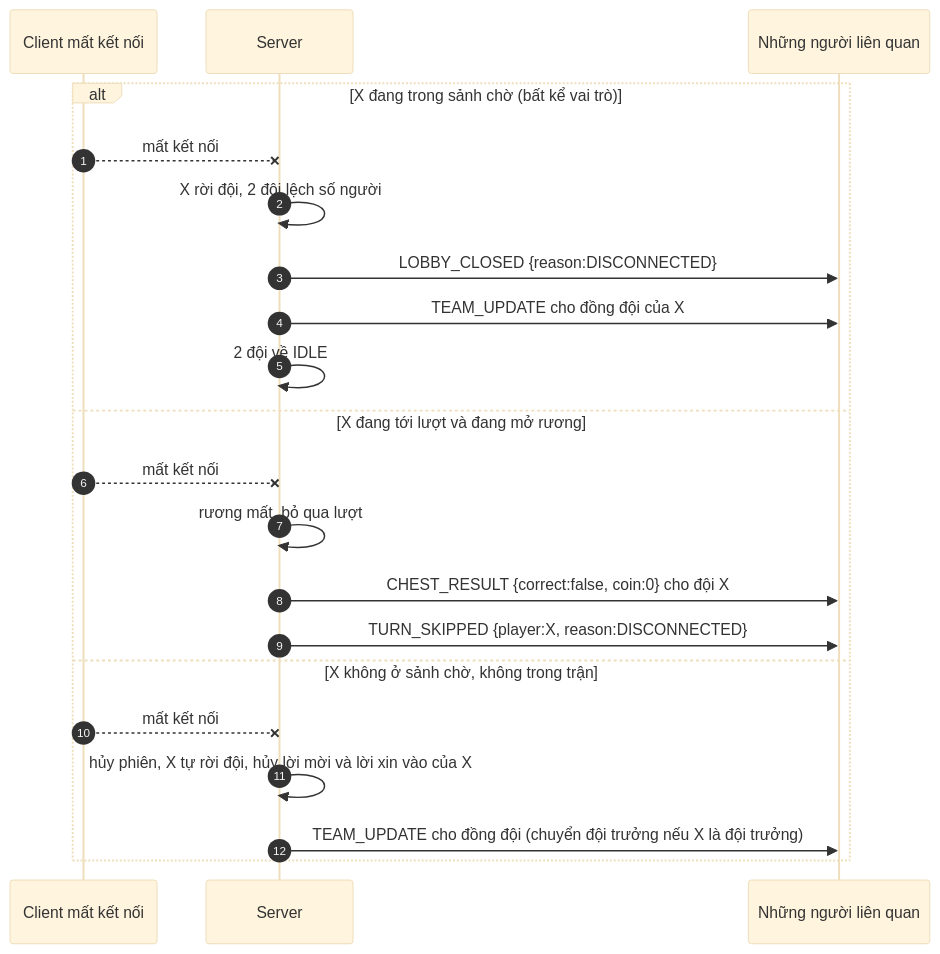
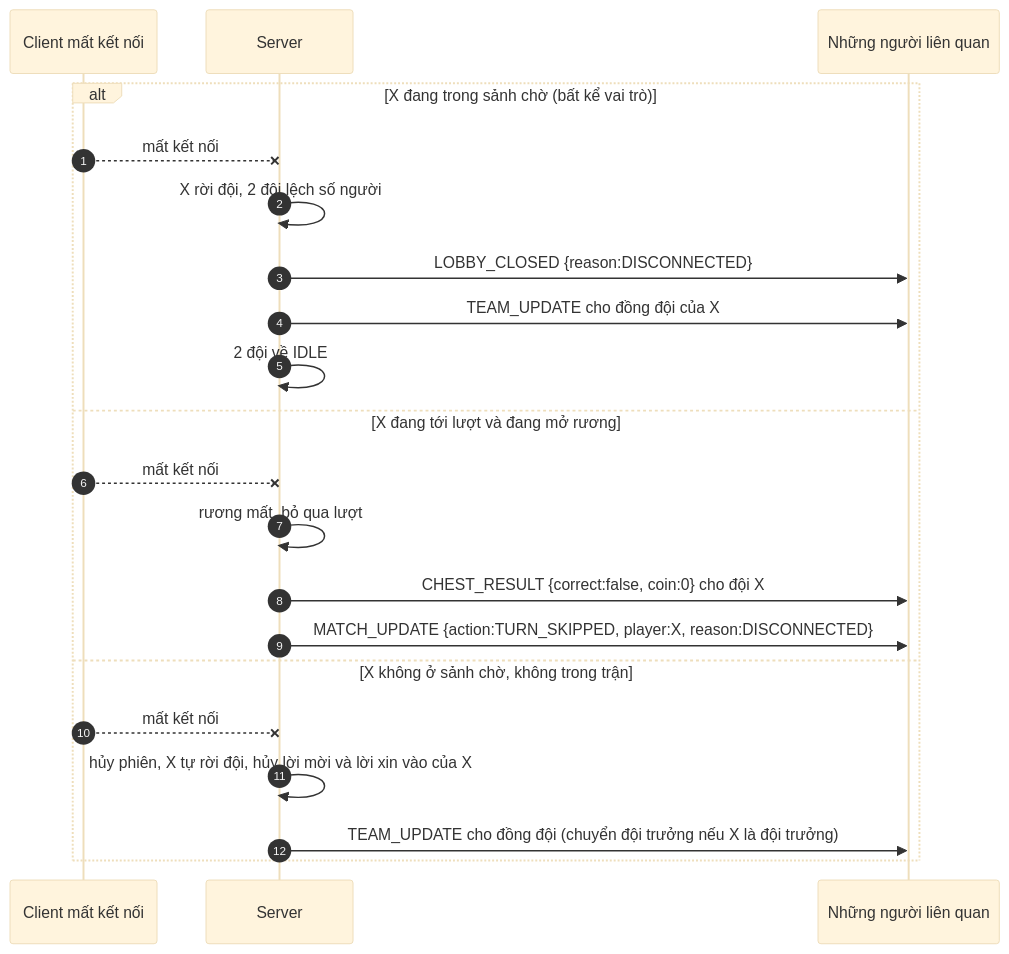
The diagram in Project/docs/design/diagrams/sequence/32-disconnect-other.md (dson19/network), drawn with Mermaid (base theme) before and after one commit. The commit also changed 24 other files, not shown here.

First line of the commit message:
Project: user_id identity, MATCH_UPDATE event, gun slots, PLAYER_LIST; rewrite report tables

````diff
--- a/Project/docs/design/diagrams/sequence/32-disconnect-other.md
+++ b/Project/docs/design/diagrams/sequence/32-disconnect-other.md
@@ -5,24 +5,24 @@
 ```mermaid
 sequenceDiagram
     autonumber
     participant X as Client mất kết nối
     participant S as Server
     participant O as Những người liên quan
 
     alt X đang trong sảnh chờ (bất kể vai trò)
         X--xS: mất kết nối
         S->>S: X rời đội, 2 đội lệch số người
         S->>O: LOBBY_CLOSED {reason:DISCONNECTED}
         S->>O: TEAM_UPDATE cho đồng đội của X
         S->>S: 2 đội về IDLE
     else X đang tới lượt và đang mở rương
         X--xS: mất kết nối
         S->>S: rương mất, bỏ qua lượt
         S->>O: CHEST_RESULT {correct:false, coin:0} cho đội X
-        S->>O: TURN_SKIPPED {player:X, reason:DISCONNECTED}
+        S->>O: MATCH_UPDATE {action:TURN_SKIPPED, player:X, reason:DISCONNECTED}
     else X không ở sảnh chờ, không trong trận
         X--xS: mất kết nối
         S->>S: hủy phiên, X tự rời đội, hủy lời mời và lời xin vào của X
         S->>O: TEAM_UPDATE cho đồng đội (chuyển đội trưởng nếu X là đội trưởng)
     end
 ```
````
